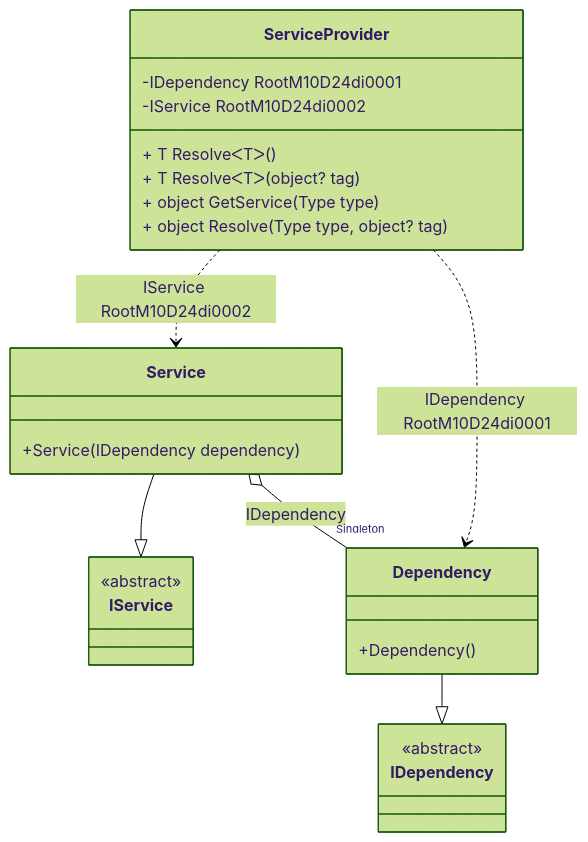
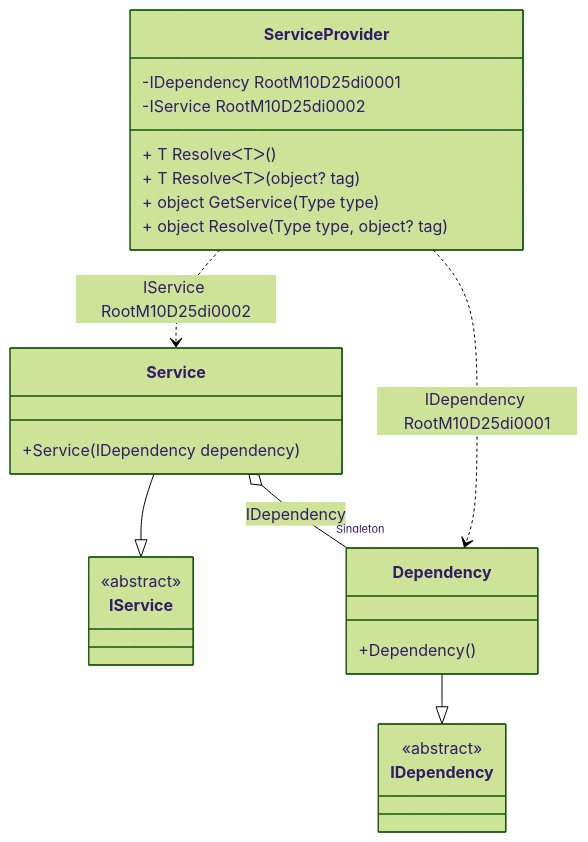
Before and after one commit to DevTeam/Pure.DI: the diagram in readme/service-provider.md, drawn with Mermaid (forest theme). The commit also changed other lines of this file and 75 other files, not shown here.

````diff
--- a/readme/service-provider.md
+++ b/readme/service-provider.md
@@ -49,28 +49,28 @@
 ```mermaid
 classDiagram
   class ServiceProvider {
-    -IDependency RootM10D24di0001
-    -IService RootM10D24di0002
+    -IDependency RootM10D25di0001
+    -IService RootM10D25di0002
     + T ResolveᐸTᐳ()
     + T ResolveᐸTᐳ(object? tag)
     + object GetService(Type type)
     + object Resolve(Type type, object? tag)
   }
   Service --|> IService : 
   class Service {
     +Service(IDependency dependency)
   }
   Dependency --|> IDependency : 
   class Dependency {
     +Dependency()
   }
   class IService {
     <<abstract>>
   }
   class IDependency {
     <<abstract>>
   }
   Service o--  "Singleton" Dependency : IDependency
-  ServiceProvider ..> Dependency : IDependency RootM10D24di0001
-  ServiceProvider ..> Service : IService RootM10D24di0002
+  ServiceProvider ..> Dependency : IDependency RootM10D25di0001
+  ServiceProvider ..> Service : IService RootM10D25di0002
 ```
````
